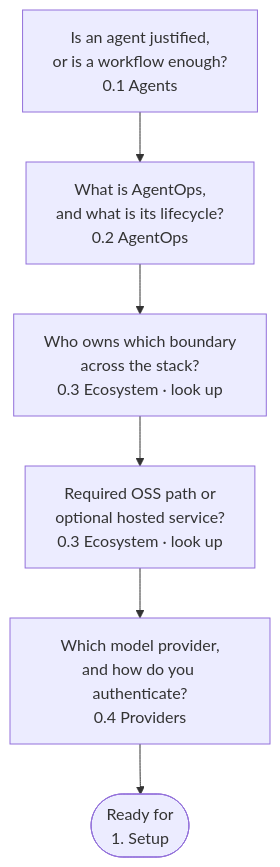
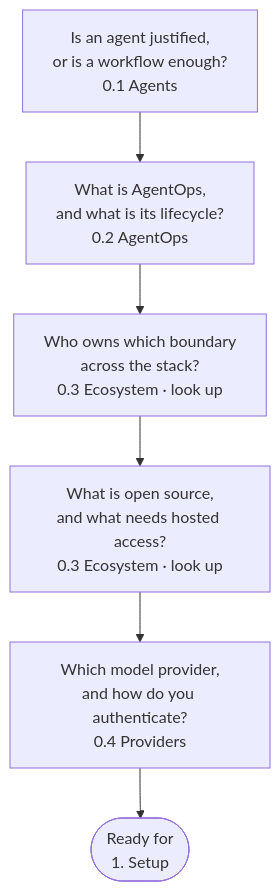
One commit to MLOps-Courses/agentops-open-course changed the diagram in docs/0. Overview/index.md. Above: the diagram before and after it, drawn with Mermaid. The commit also changed other lines of this file and 109 other files, not shown here.

````diff
--- a/docs/0. Overview/index.md
+++ b/docs/0. Overview/index.md
@@ -40,8 +40,8 @@
 ```mermaid
 flowchart TD
     Q1["Is an agent justified,<br/>or is a workflow enough?<br/>0.1 Agents"] --> Q2["What is AgentOps,<br/>and what is its lifecycle?<br/>0.2 AgentOps"]
     Q2 --> Q3["Who owns which boundary<br/>across the stack?<br/>0.3 Ecosystem · look up"]
-    Q3 --> Q4["Required OSS path or<br/>optional hosted service?<br/>0.3 Ecosystem · look up"]
+    Q3 --> Q4["What is open source,<br/>and what needs hosted access?<br/>0.3 Ecosystem · look up"]
     Q4 --> Q5["Which model provider,<br/>and how do you authenticate?<br/>0.4 Providers"]
     Q5 --> Ready(["Ready for<br/>1. Setup"])
 ```
````
